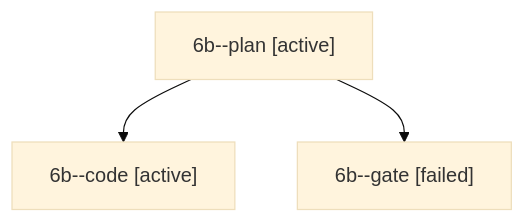
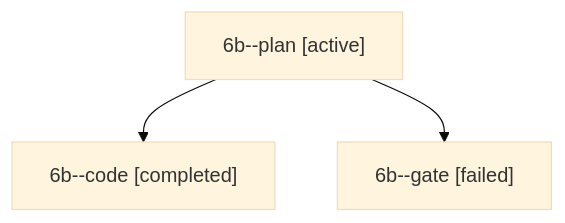
One commit to bobs-org/bob-cli--agents changed the diagram in sessions/bbugyi200.apollo.6b.md. Above: the diagram before and after it, drawn with Mermaid (base theme). The commit also changed other lines of this file and 49 other files, not shown here.

````diff
--- a/sessions/bbugyi200.apollo.6b.md
+++ b/sessions/bbugyi200.apollo.6b.md
@@ -9,8 +9,8 @@
 ```mermaid
 flowchart TD
   n0["6b--plan [active]"]
-  n1["6b--code [active]"]
+  n1["6b--code [completed]"]
   n0 --> n1
   n2["6b--gate [failed]"]
   n0 --> n2
 ```
````
